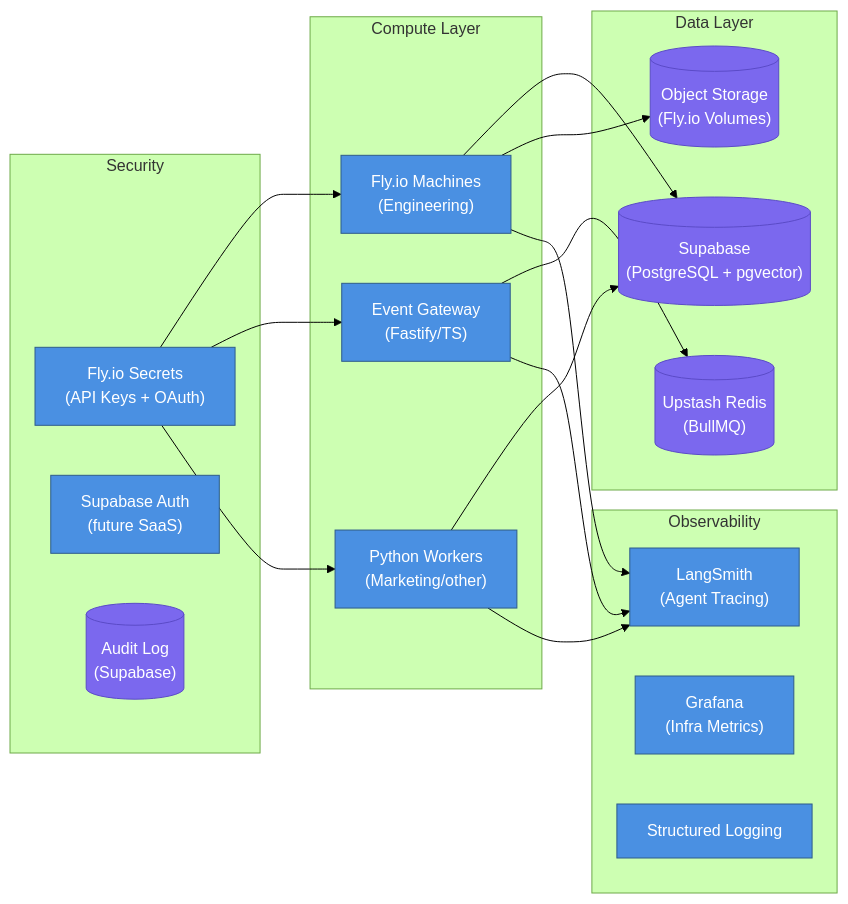
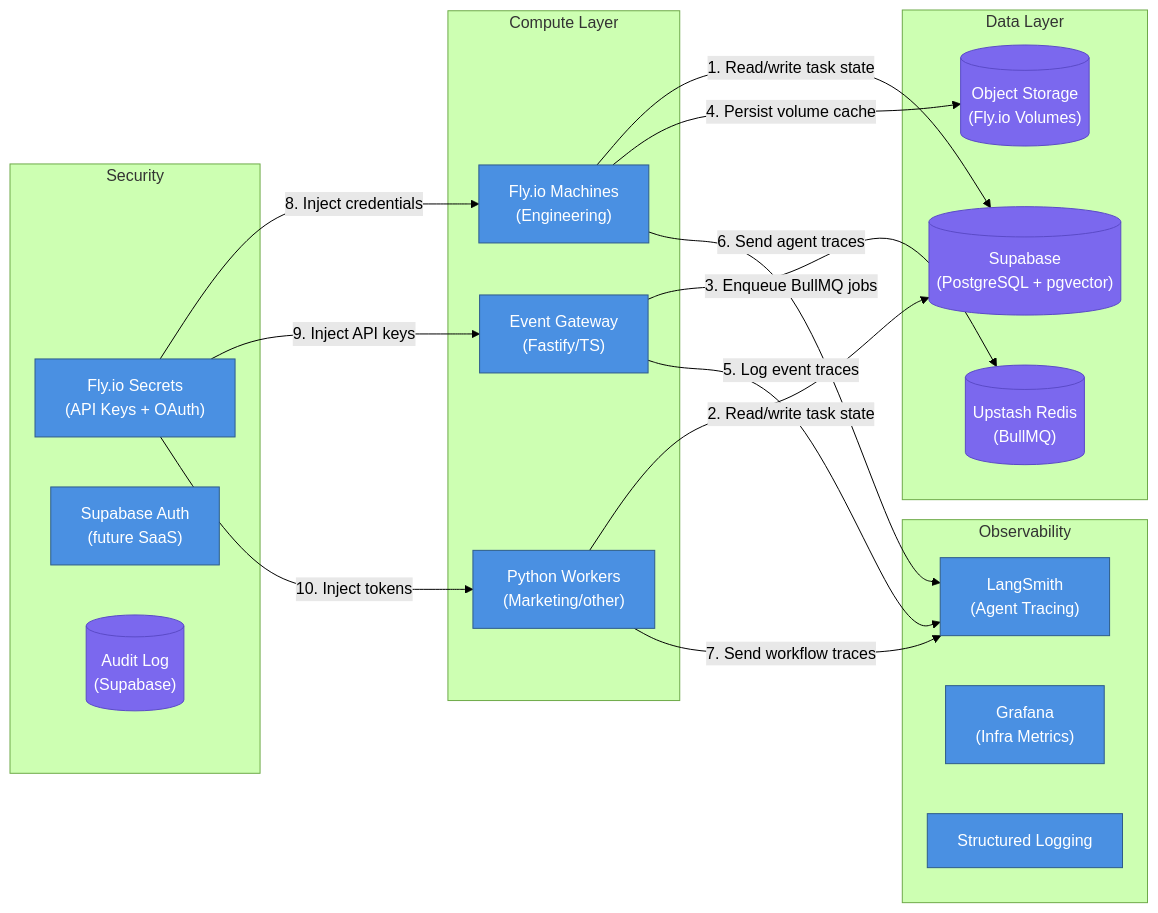
Before and after one commit to viiqswim/dozaldevs-ai-employee: diagram 13 of 15 in docs/2026-03-22-2317-ai-employee-architecture.md, drawn with Mermaid (forest theme). The commit also changed other lines of this file, not shown here.

Commit message:
docs: add numbered arrows and flow walkthroughs to all diagrams

````diff
--- a/docs/2026-03-22-2317-ai-employee-architecture.md
+++ b/docs/2026-03-22-2317-ai-employee-architecture.md
@@ -1099,40 +1296,40 @@
 ```mermaid
 graph LR
     subgraph Compute Layer
         FLY["Fly.io Machines\n(Engineering)"]:::service
         PYWORKER["Python Workers\n(Marketing/other)"]:::service
         GATEWAY["Event Gateway\n(Fastify/TS)"]:::service
     end
 
     subgraph Data Layer
         SUPABASE[("Supabase\n(PostgreSQL + pgvector)")]:::storage
         UPSTASH[("Upstash Redis\n(BullMQ)")]:::storage
         S3[("Object Storage\n(Fly.io Volumes)")]:::storage
     end
 
     subgraph Observability
         LANGSMITH["LangSmith\n(Agent Tracing)"]:::service
         GRAFANA["Grafana\n(Infra Metrics)"]:::service
         LOGS["Structured Logging"]:::service
     end
 
     subgraph Security
         FLYSECRTS["Fly.io Secrets\n(API Keys + OAuth)"]:::service
         SUPAUTH["Supabase Auth\n(future SaaS)"]:::service
         AUDIT[("Audit Log\n(Supabase)")]:::storage
     end
 
-    FLY --> SUPABASE
-    PYWORKER --> SUPABASE
-    GATEWAY --> UPSTASH
-    FLY --> S3
-    GATEWAY --> LANGSMITH
-    FLY --> LANGSMITH
-    PYWORKER --> LANGSMITH
-    FLYSECRTS --> FLY
-    FLYSECRTS --> GATEWAY
-    FLYSECRTS --> PYWORKER
+    FLY -->|"1. Read/write task state"| SUPABASE
+    PYWORKER -->|"2. Read/write task state"| SUPABASE
+    GATEWAY -->|"3. Enqueue BullMQ jobs"| UPSTASH
+    FLY -->|"4. Persist volume cache"| S3
+    GATEWAY -->|"5. Log event traces"| LANGSMITH
+    FLY -->|"6. Send agent traces"| LANGSMITH
+    PYWORKER -->|"7. Send workflow traces"| LANGSMITH
+    FLYSECRTS -->|"8. Inject credentials"| FLY
+    FLYSECRTS -->|"9. Inject API keys"| GATEWAY
+    FLYSECRTS -->|"10. Inject tokens"| PYWORKER
 
     classDef service fill:#4A90E2,stroke:#2E5C8A,color:#fff
     classDef storage fill:#7B68EE,stroke:#5B4BC7,color:#fff
 ```
````
